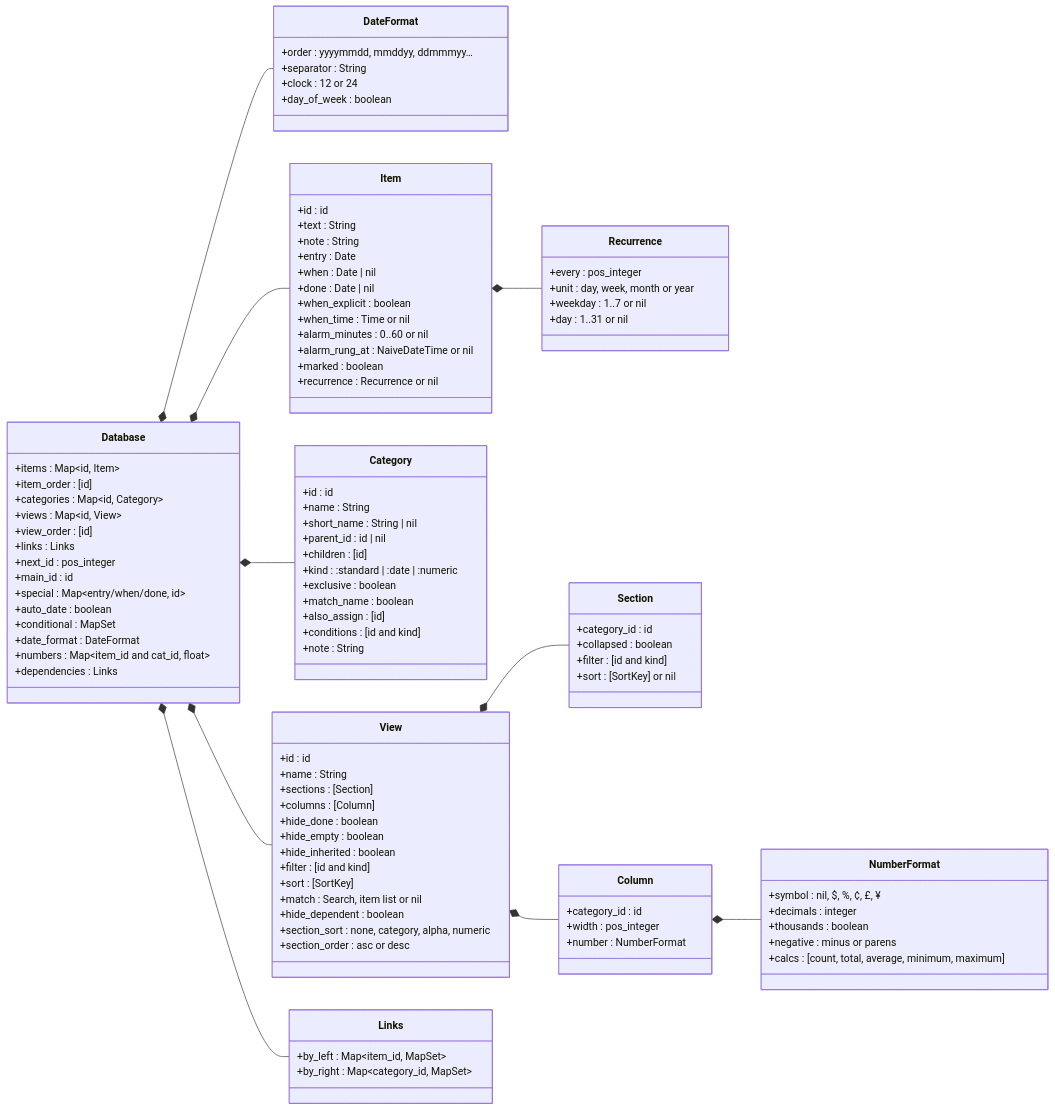
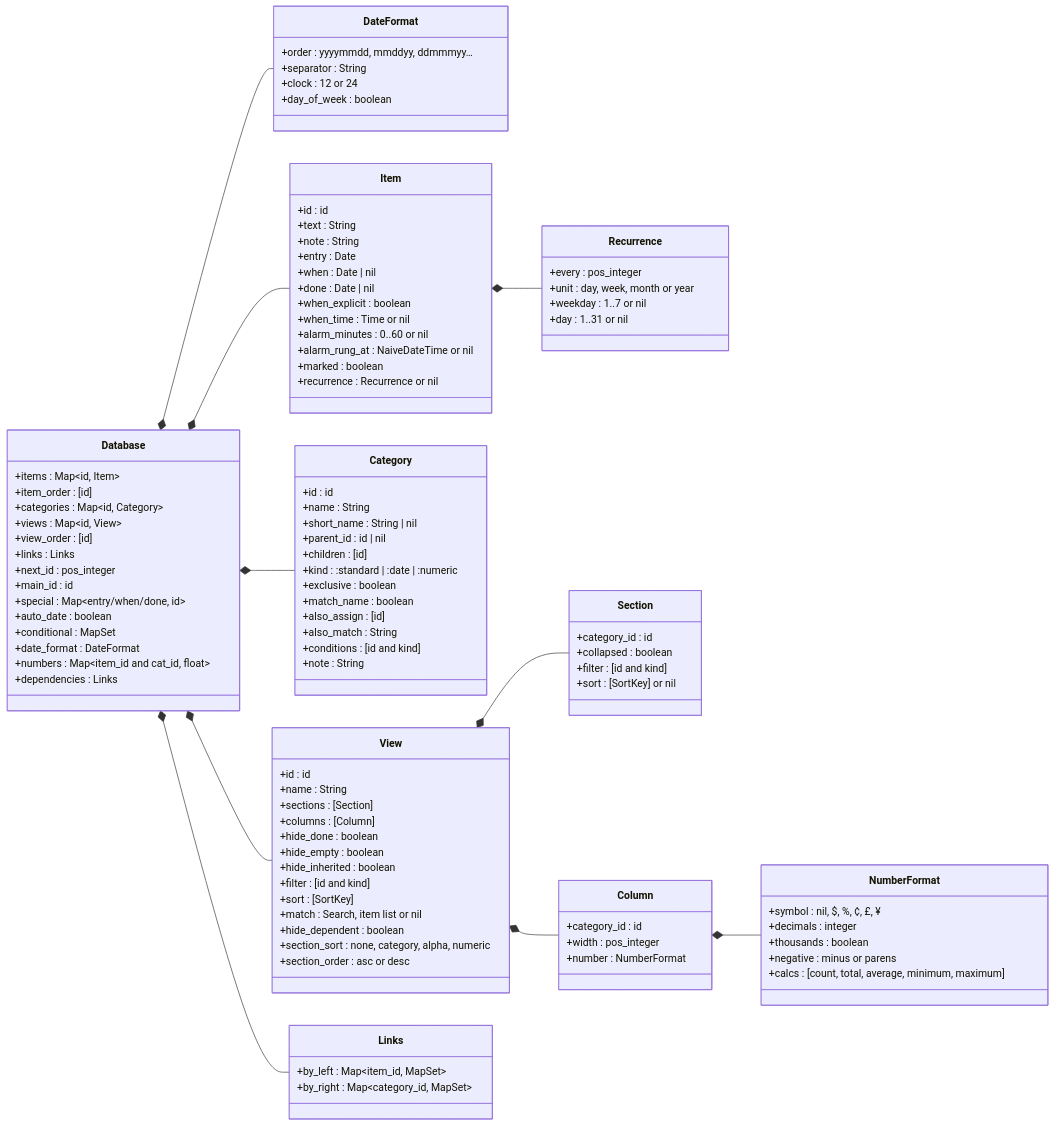
One commit to jamting/agendum changed the second of 6 diagrams in docs/DATA_MODEL.md. Above: the diagram before and after it, drawn with Mermaid. The commit also changed other lines of this file and 16 other files, not shown here.

```diff
--- a/docs/DATA_MODEL.md
+++ b/docs/DATA_MODEL.md
@@ -153,6 +154,7 @@
         +exclusive : boolean
         +match_name : boolean
         +also_assign : [id]
+        +also_match : String
         +conditions : [id and kind]
         +note : String
     }
```
